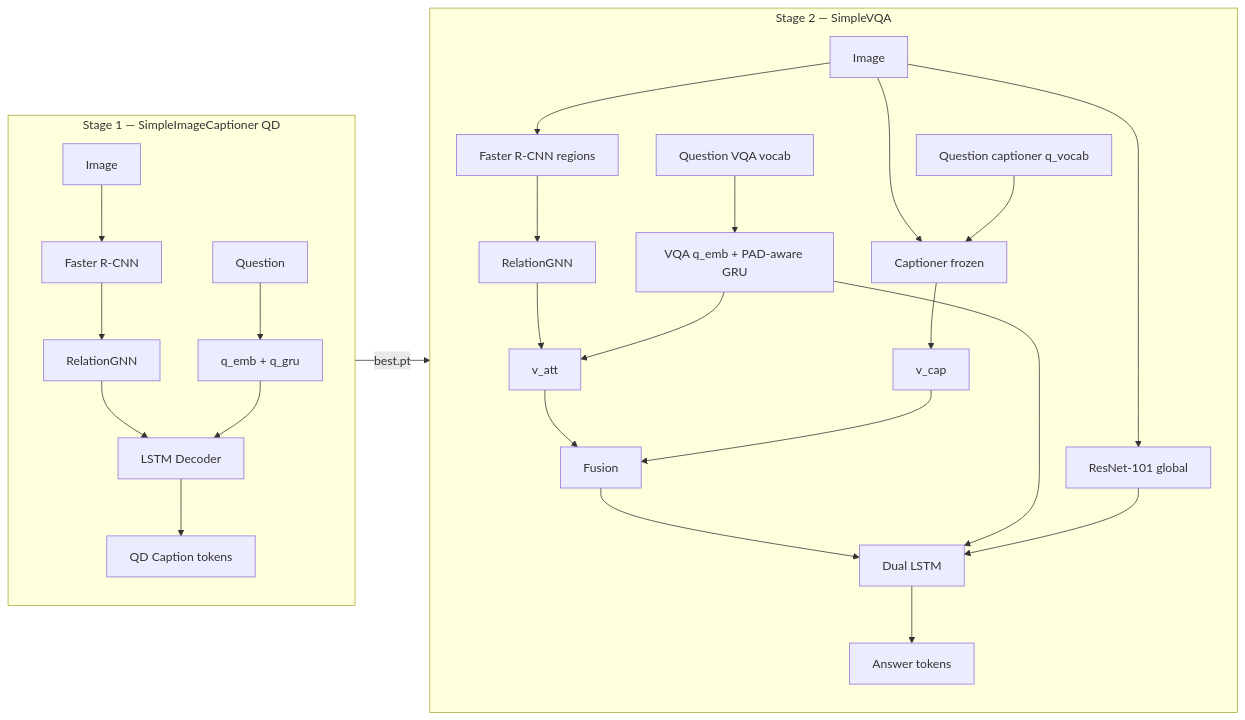
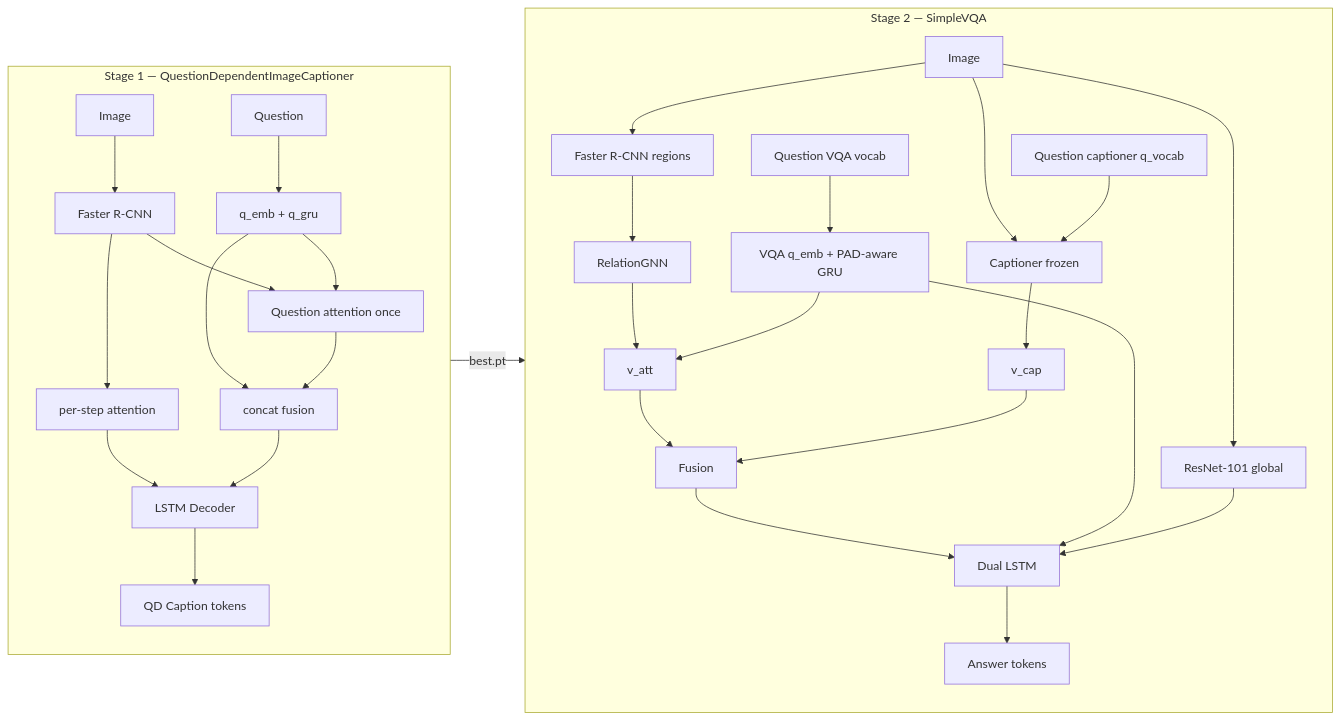
One commit to MahdiRuzmeh/ImageCaptioningImprovedVisualQuestionAnswering changed the first of 3 diagrams in architecture/ARCHITECTURE.fa.md. Above: the diagram before and after it, drawn with Mermaid. The commit also changed other lines of this file and 27 other files, not shown here.

Commit message:
feat: Implement question dependent img captioner model.

````diff
--- a/architecture/ARCHITECTURE.fa.md
+++ b/architecture/ARCHITECTURE.fa.md
@@ -20,31 +20,35 @@
 ```mermaid
 flowchart LR
-    subgraph S1["Stage 1 — SimpleImageCaptioner QD"]
+    subgraph S1["Stage 1 — QuestionDependentImageCaptioner"]
         I1[Image] --> RCNN1[Faster R-CNN]
-        RCNN1 --> GNN1[RelationGNN]
         Q1[Question] --> QGRU1[q_emb + q_gru]
-        GNN1 --> DEC[LSTM Decoder]
-        QGRU1 --> DEC
+        RCNN1 --> QATT[Question attention once]
+        QGRU1 --> QATT
+        QATT --> FUSE1[concat fusion]
+        QGRU1 --> FUSE1
+        FUSE1 --> DEC[LSTM Decoder]
+        RCNN1 --> SATT[per-step attention]
+        SATT --> DEC
         DEC --> CAP[QD Caption tokens]
     end
 
     subgraph S2["Stage 2 — SimpleVQA"]
         I2[Image] --> RES[ResNet-101 global]
         I2 --> RCNN2[Faster R-CNN regions]
         Q[Question VQA vocab] --> QGRU[VQA q_emb + PAD-aware GRU]
         RCNN2 --> GNN2[RelationGNN]
         GNN2 --> VATT[v_att]
         QGRU --> VATT
         I2 --> CAPM[Captioner frozen]
         QCAP[Question captioner q_vocab] --> CAPM
         CAPM --> VCAP[v_cap]
         VATT --> FUSE[Fusion]
         VCAP --> FUSE
         FUSE --> LSTM[Dual LSTM]
         QGRU --> LSTM
         RES --> LSTM
         LSTM --> ANS[Answer tokens]
     end
 
     S1 -->|best.pt| S2
 ```
````
